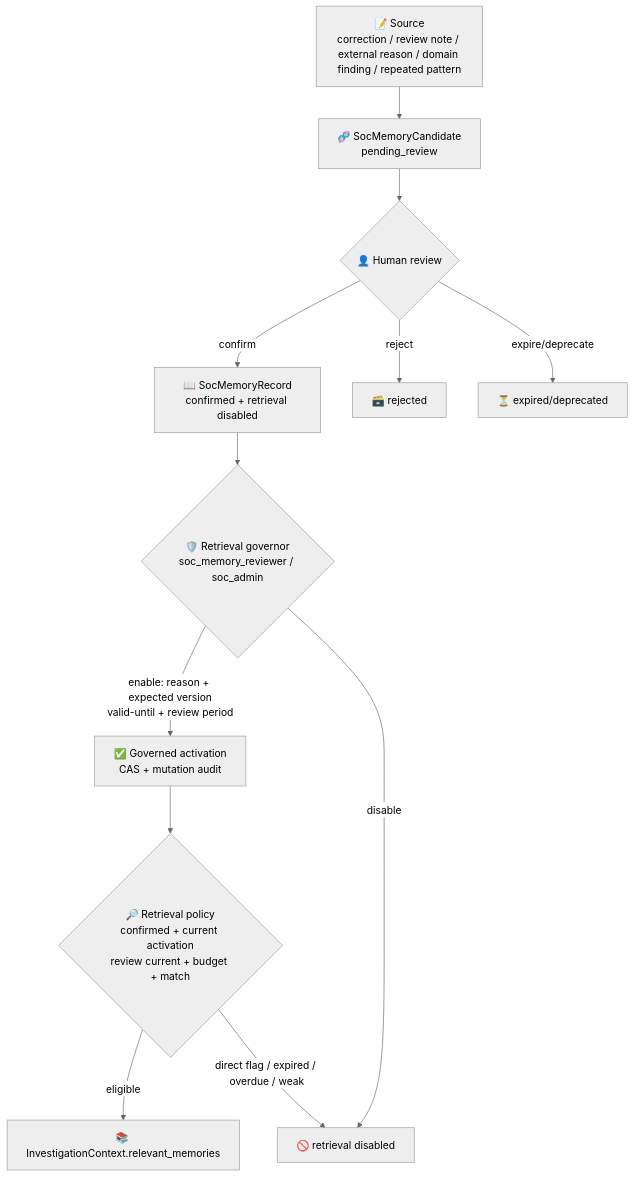
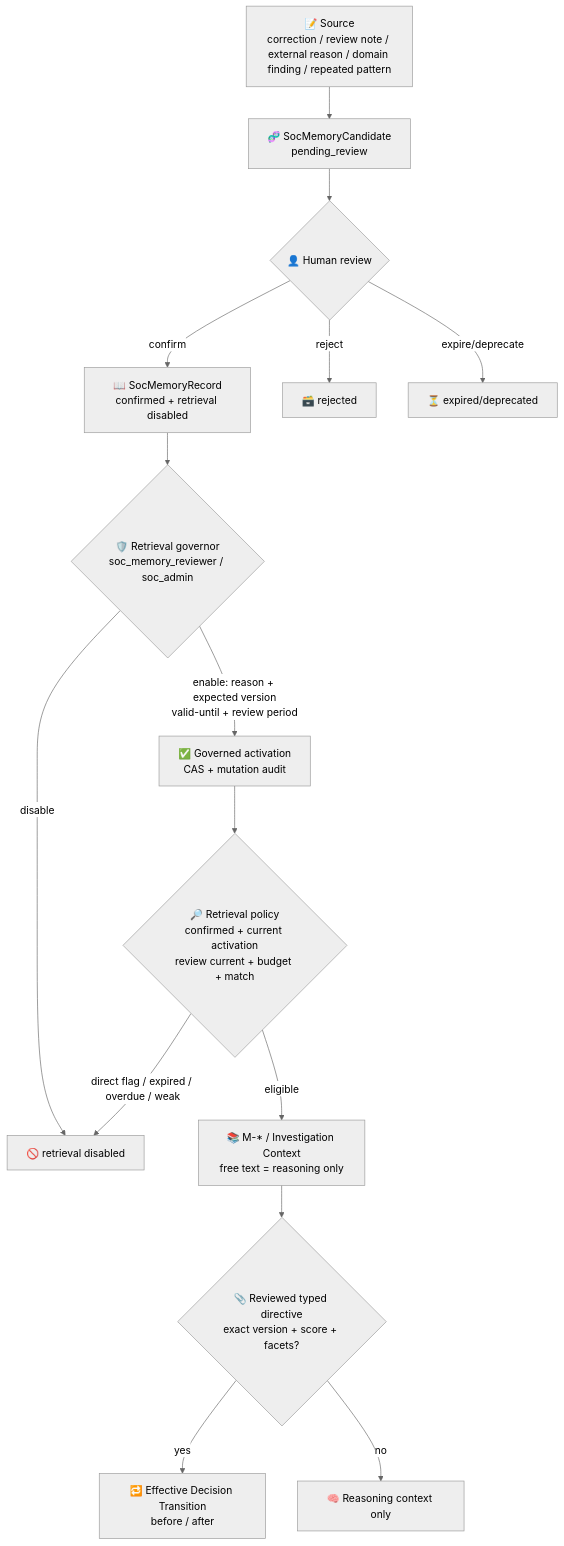
Diagram 15 of 16 in .notes/ai_soc/soc-agent-solution.md (yydspanda/deer-flow), drawn with Mermaid (neutral theme) before and after one commit. The commit also changed other lines of this file and 50 other files, not shown here.

````diff
--- a/.notes/ai_soc/soc-agent-solution.md
+++ b/.notes/ai_soc/soc-agent-solution.md
@@ -1495,14 +1544,17 @@
 ```mermaid
 flowchart TD
     S1["📝 Source<br/>correction / review note / external reason / domain finding / repeated pattern"] --> C["🧬 SocMemoryCandidate<br/>pending_review"]
     C --> R{"👤 Human review"}
     R -->|"confirm"| M["📖 SocMemoryRecord<br/>confirmed + retrieval disabled"]
     R -->|"reject"| X["🗃️ rejected"]
     R -->|"expire/deprecate"| E["⏳ expired/deprecated"]
     M --> G{"🛡️ Retrieval governor<br/>soc_memory_reviewer / soc_admin"}
     G -->|"enable: reason + expected version<br/>valid-until + review period"| P["✅ Governed activation<br/>CAS + mutation audit"]
     G -->|"disable"| NO["🚫 retrieval disabled"]
     P --> RP{"🔎 Retrieval policy<br/>confirmed + current activation<br/>review current + budget + match"}
-    RP -->|"eligible"| CTX["📚 InvestigationContext.relevant_memories"]
+    RP -->|"eligible"| CTX["📚 M-* / Investigation Context<br/>free text = reasoning only"]
+    CTX --> TD{"📎 Reviewed typed directive<br/>exact version + score + facets?"}
+    TD -->|"yes"| TR["🔁 Effective Decision Transition<br/>before / after"]
+    TD -->|"no"| RO["🧠 Reasoning context only"]
     RP -->|"direct flag / expired / overdue / weak"| NO
 ```
````
